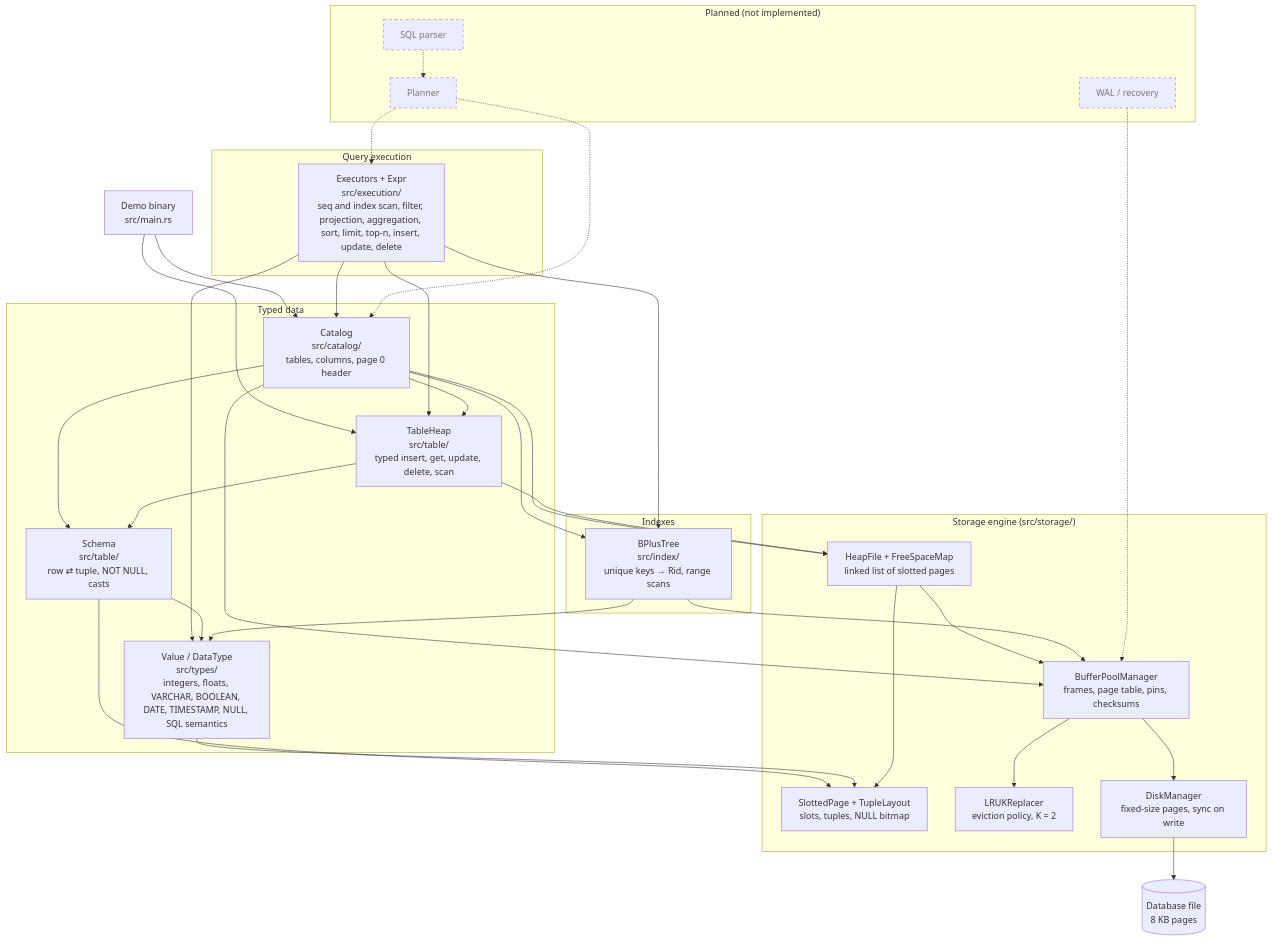
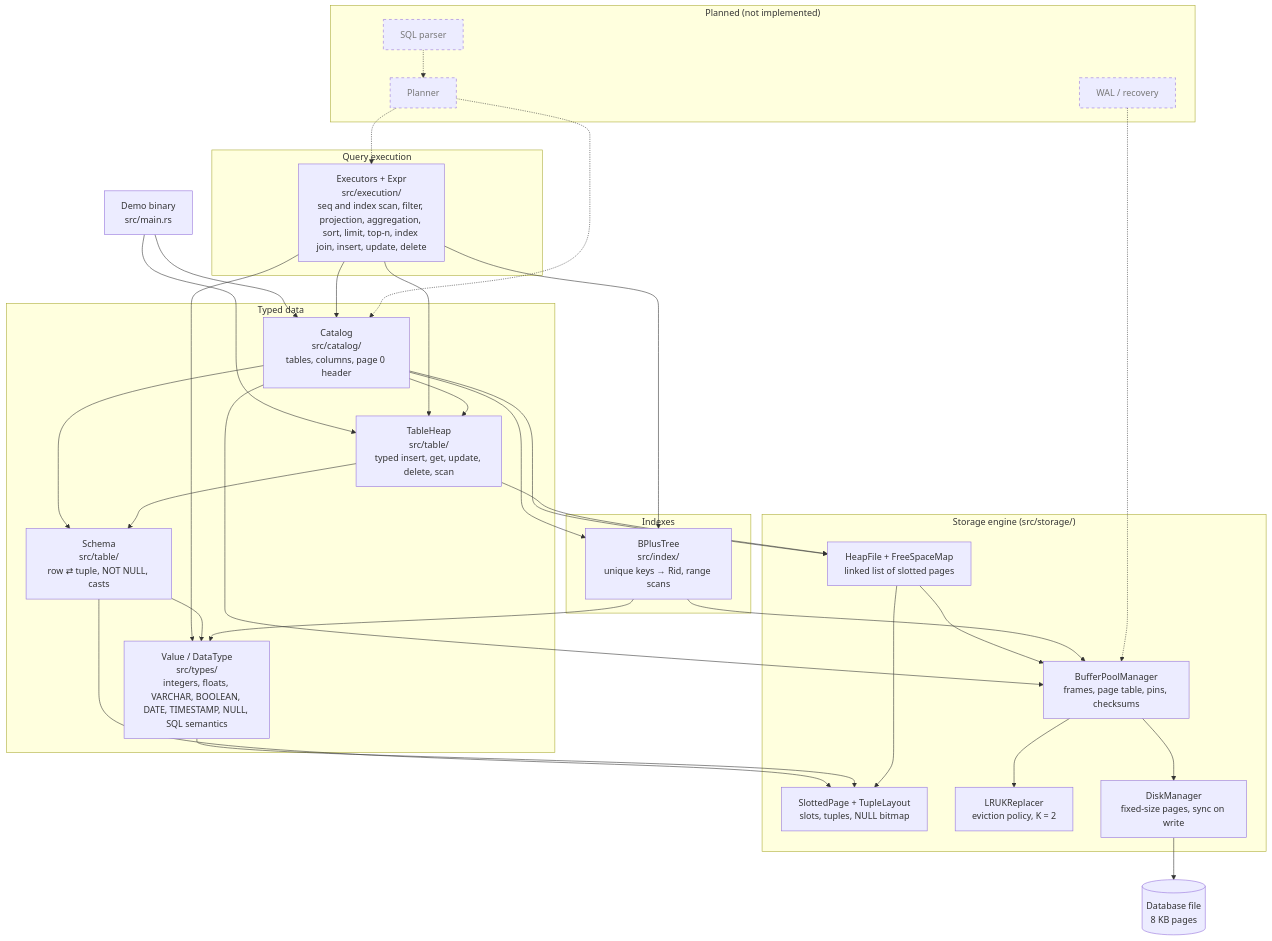
The diagram in docs/architecture.md (RodrigoGrz/ferro-db), drawn with Mermaid before and after one commit. The commit also changed other lines of this file and 8 other files, not shown here.

First line of the commit message:
feat/index-nested-loop-join

````diff
--- a/docs/architecture.md
+++ b/docs/architecture.md
@@ -9,66 +9,66 @@
 ```mermaid
 flowchart TD
     demo["Demo binary<br/>src/main.rs"]
 
     subgraph upper["Typed data"]
         catalog["Catalog<br/>src/catalog/<br/>tables, columns, page 0 header"]
         tableheap["TableHeap<br/>src/table/<br/>typed insert, get, update, delete, scan"]
         schema["Schema<br/>src/table/<br/>row ⇄ tuple, NOT NULL, casts"]
         types["Value / DataType<br/>src/types/<br/>integers, floats, VARCHAR, BOOLEAN, DATE, TIMESTAMP, NULL, SQL semantics"]
     end
 
     subgraph indexes["Indexes"]
         btree["BPlusTree<br/>src/index/<br/>unique keys → Rid, range scans"]
     end
 
     subgraph execution["Query execution"]
-        exec["Executors + Expr<br/>src/execution/<br/>seq and index scan, filter, projection, aggregation, sort, limit, top-n, insert, update, delete"]
+        exec["Executors + Expr<br/>src/execution/<br/>seq and index scan, filter, projection, aggregation, sort, limit, top-n, index join, insert, update, delete"]
     end
 
     subgraph storage["Storage engine (src/storage/)"]
         heap["HeapFile + FreeSpaceMap<br/>linked list of slotted pages"]
         slotted["SlottedPage + TupleLayout<br/>slots, tuples, NULL bitmap"]
         bpm["BufferPoolManager<br/>frames, page table, pins, checksums"]
         replacer["LRUKReplacer<br/>eviction policy, K = 2"]
         disk["DiskManager<br/>fixed-size pages, sync on write"]
     end
 
     file[("Database file<br/>8 KB pages")]
 
     demo --> catalog
     demo --> tableheap
     exec --> catalog
     exec --> tableheap
     exec --> btree
     exec --> types
     catalog --> tableheap
     catalog --> heap
     catalog --> schema
     tableheap --> schema
     tableheap --> heap
     schema --> types
     schema --> slotted
     types --> slotted
     heap --> slotted
     heap --> bpm
     catalog --> bpm
     catalog --> btree
     btree --> types
     btree --> bpm
     bpm --> replacer
     bpm --> disk
     disk --> file
 
     subgraph planned["Planned (not implemented)"]
         sql["SQL parser"]
         planner["Planner"]
         wal["WAL / recovery"]
     end
     sql -.-> planner
     planner -.-> exec
     planner -.-> catalog
     wal -.-> bpm
 
     classDef plannedNode stroke-dasharray: 5 5,color:#777
     class sql,planner,wal plannedNode
 ```
````
